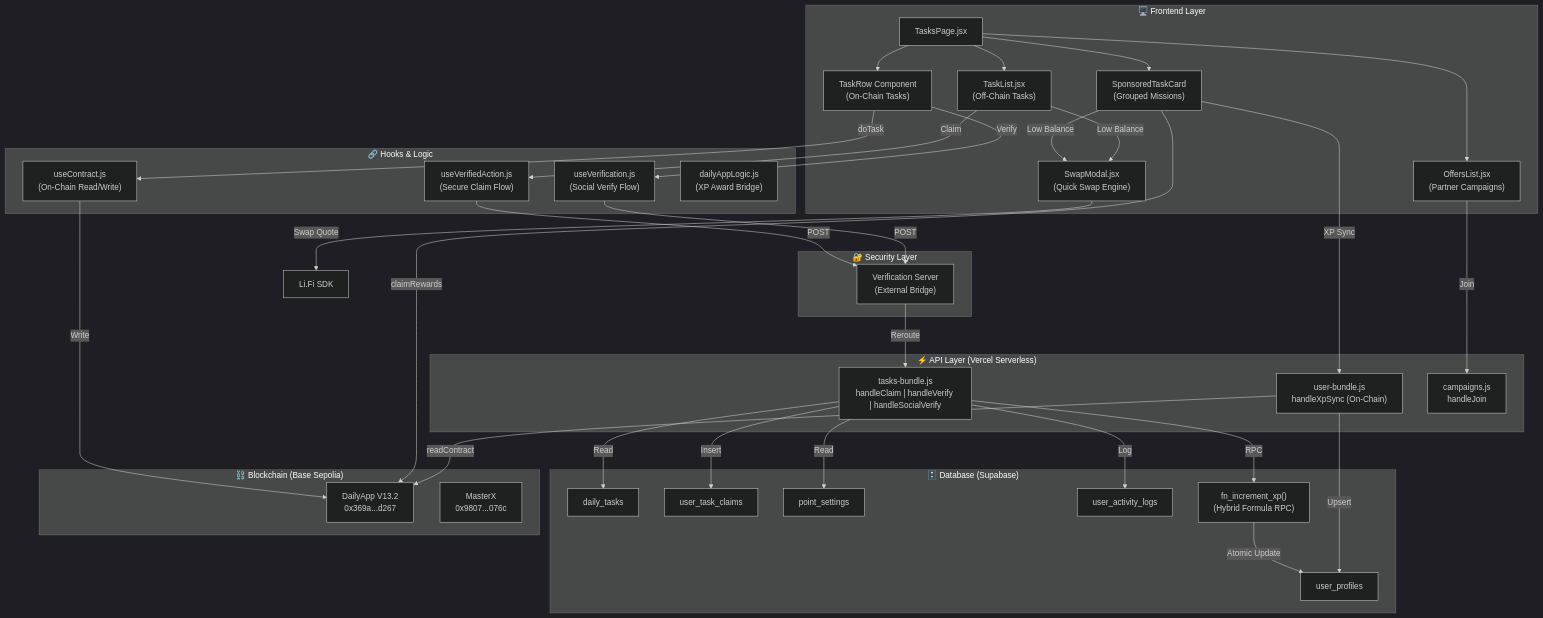
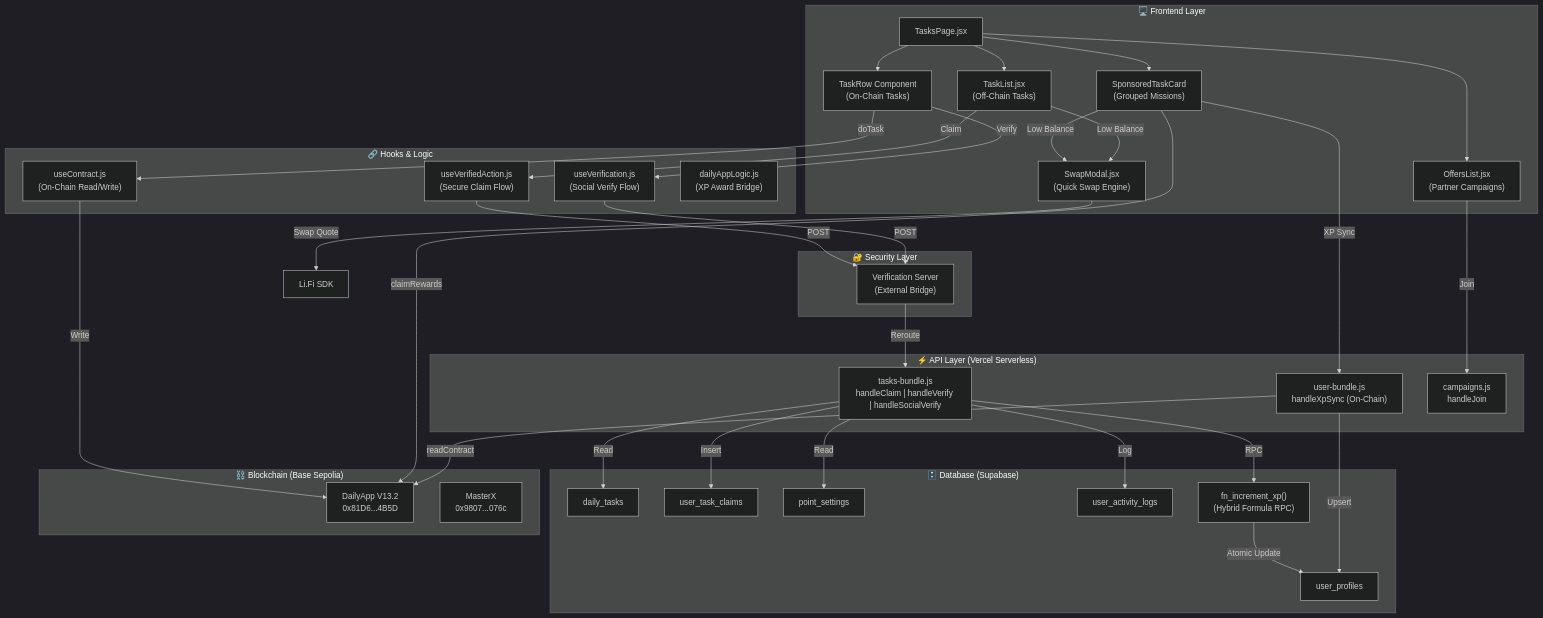
One commit to cryptodiscolab/Crypto_Discovery_App changed the first of 8 diagrams in PRD/TASK_FEATURE_WORKFLOW.md. Above: the diagram before and after it, drawn with Mermaid (dark theme). The commit also changed other lines of this file and 4 other files, not shown here.

````diff
--- a/PRD/TASK_FEATURE_WORKFLOW.md
+++ b/PRD/TASK_FEATURE_WORKFLOW.md
@@ -41,63 +42,63 @@
 ```mermaid
 graph TB
     subgraph "🖥️ Frontend Layer"
         TP["TasksPage.jsx"]
         TL["TaskList.jsx<br/>(Off-Chain Tasks)"]
         TR["TaskRow Component<br/>(On-Chain Tasks)"]
         STC["SponsoredTaskCard<br/>(Grouped Missions)"]
         OL["OffersList.jsx<br/>(Partner Campaigns)"]
         SM["SwapModal.jsx<br/>(Quick Swap Engine)"]
     end
 
     subgraph "🔗 Hooks & Logic"
         UV["useVerification.js<br/>(Social Verify Flow)"]
         UVA["useVerifiedAction.js<br/>(Secure Claim Flow)"]
         UC["useContract.js<br/>(On-Chain Read/Write)"]
         DAL["dailyAppLogic.js<br/>(XP Award Bridge)"]
     end
 
     subgraph "⚡ API Layer (Vercel Serverless)"
         TB["tasks-bundle.js<br/>handleClaim | handleVerify | handleSocialVerify"]
         UB["user-bundle.js<br/>handleXpSync (On-Chain)"]
         CB["campaigns.js<br/>handleJoin"]
     end
 
     subgraph "🔐 Security Layer"
         VS["Verification Server<br/>(External Bridge)"]
     end
 
     subgraph "🗄️ Database (Supabase)"
         DT["daily_tasks"]
         UTC["user_task_claims"]
         UP["user_profiles"]
         PS["point_settings"]
         UAL["user_activity_logs"]
         FN["fn_increment_xp()<br/>(Hybrid Formula RPC)"]
     end
 
     subgraph "⛓️ Blockchain (Base Sepolia)"
-        DA["DailyApp V13.2<br/>0x369a...d267"]
+        DA["DailyApp V13.2<br/>0x81D6...4B5D"]
         MX["MasterX<br/>0x9807...076c"]
     end
 
     TP --> TL & TR & STC & OL
     TL -->|Claim| UVA -->|POST| VS
     TR -->|doTask| UC -->|Write| DA
     TR -->|Verify| UV -->|POST| VS
     STC -->|claimRewards| DA
     STC -->|XP Sync| UB
     OL -->|Join| CB
     SM -->|Swap Quote| LS[Li.Fi SDK]
     STC -->|Low Balance| SM
     TL -->|Low Balance| SM
 
     VS -->|Reroute| TB
     TB -->|Insert| UTC
     TB -->|RPC| FN
     TB -->|Read| PS & DT
     TB -->|Log| UAL
     FN -->|Atomic Update| UP
 
     UB -->|readContract| DA
     UB -->|Upsert| UP
 ```
````
